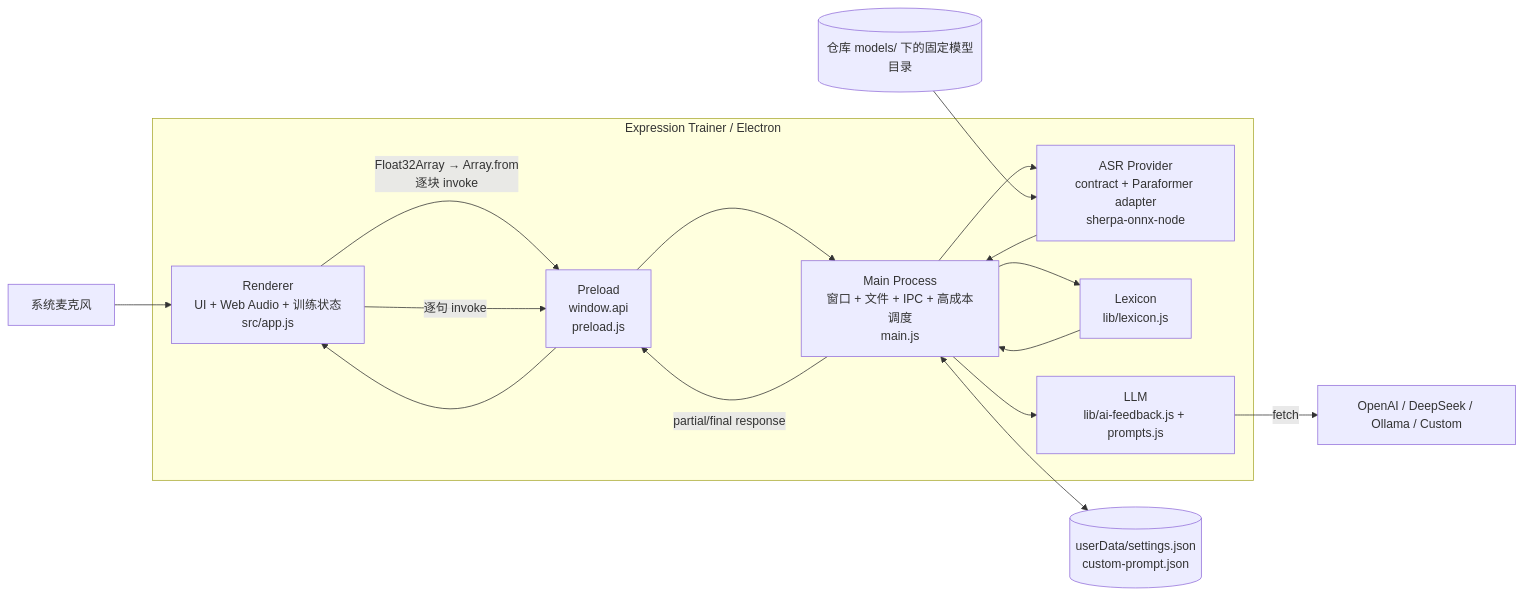
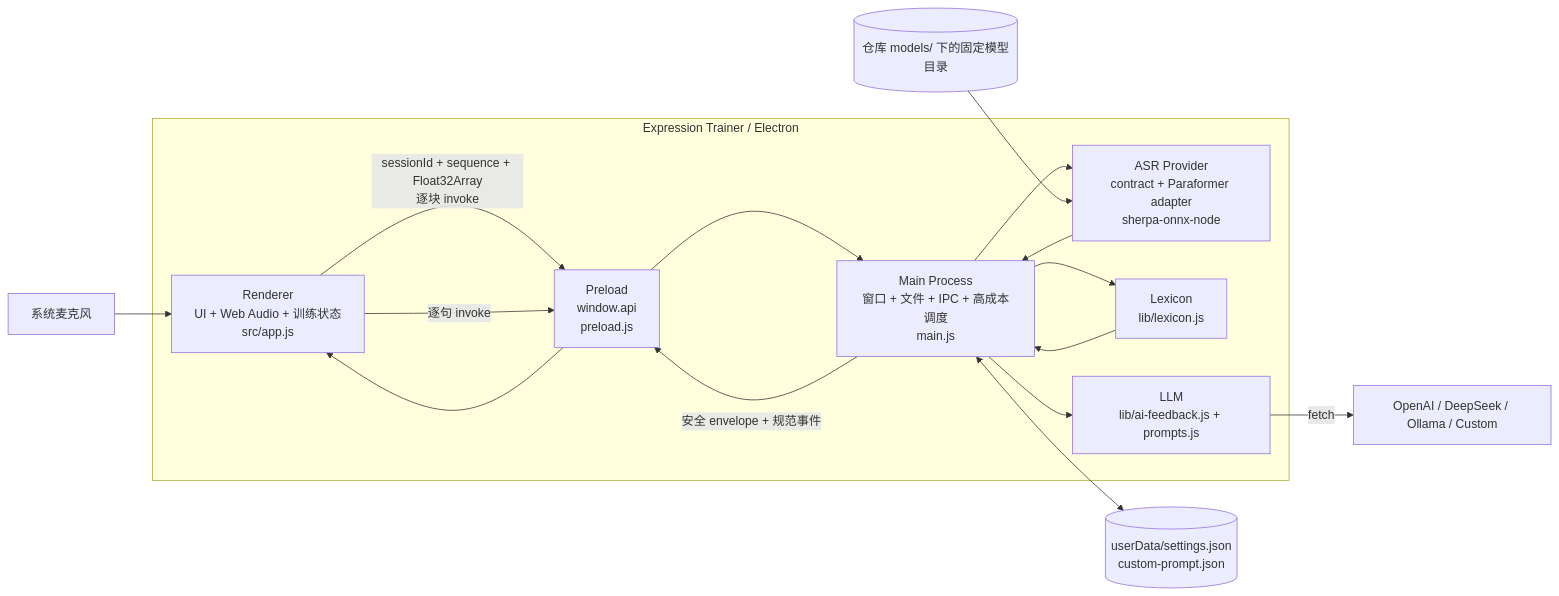
Before and after one commit to morigejile/expression-trainer-pro: the diagram in docs/architecture/current.md, drawn with Mermaid. The commit also changed other lines of this file and 4 other files, not shown here.

````diff
--- a/docs/architecture/current.md
+++ b/docs/architecture/current.md
@@ -84,31 +87,31 @@
 ```mermaid
 flowchart LR
   Mic[系统麦克风]
   LLM[OpenAI / DeepSeek / Ollama / Custom]
   Model[(仓库 models/ 下的固定模型目录)]
   UserData[(userData/settings.json\ncustom-prompt.json)]
 
   subgraph Electron[Expression Trainer / Electron]
     R[Renderer\nUI + Web Audio + 训练状态\nsrc/app.js]
     P[Preload\nwindow.api\npreload.js]
     M[Main Process\n窗口 + 文件 + IPC + 高成本调度\nmain.js]
     A[ASR Provider\ncontract + Paraformer adapter\nsherpa-onnx-node]
     X[Lexicon\nlib/lexicon.js]
     F[LLM\nlib/ai-feedback.js + prompts.js]
   end
 
   Mic --> R
-  R -->|Float32Array → Array.from\n逐块 invoke| P
+  R -->|sessionId + sequence + Float32Array\n逐块 invoke| P
   P --> M
   M --> A
   Model --> A
   A --> M
-  M -->|partial/final response| P
+  M -->|安全 envelope + 规范事件| P
   P --> R
   R -->|逐句 invoke| P
   M --> X
   X --> M
   M --> F
   F -->|fetch| LLM
   M <--> UserData
 ```
````
